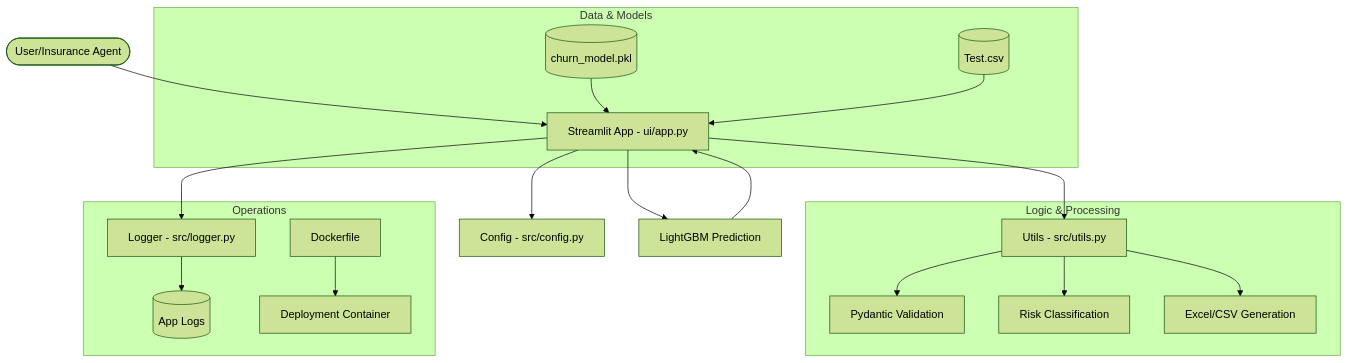
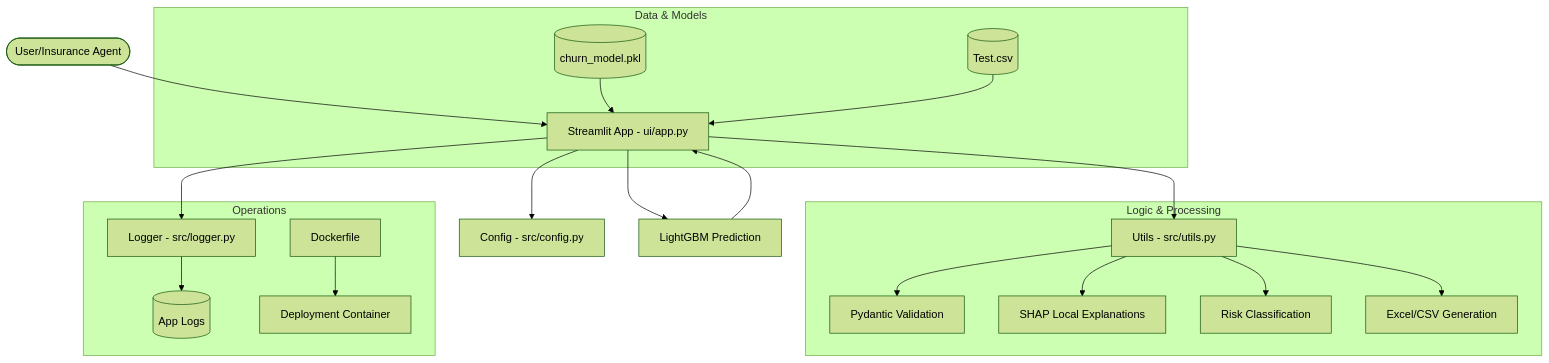
Before and after one commit to Sevani2005/insurance-customer-churn: the diagram in architecture.md, drawn with Mermaid (forest theme). The commit also changed 7 other files, not shown here.

````diff
--- a/architecture.md
+++ b/architecture.md
@@ -7,26 +7,27 @@
 ```mermaid
 graph TD
     User([User/Insurance Agent]) --> UI[Streamlit App - ui/app.py]
     UI --> Config[Config - src/config.py]
     UI --> Utils[Utils - src/utils.py]
     UI --> Logger[Logger - src/logger.py]
     
     subgraph "Logic & Processing"
         Utils --> Validation[Pydantic Validation]
+        Utils --> XAI[SHAP Local Explanations]
         Utils --> BusinessLogic[Risk Classification]
         Utils --> Export[Excel/CSV Generation]
     end
     
     subgraph "Data & Models"
         ModelFile[(churn_model.pkl)] --> UI
         TestData[(Test.csv)] --> UI
     end
     
     UI --> ML[LightGBM Prediction]
     ML --> UI
     
     subgraph "Operations"
         Logger --> Logs[(App Logs)]
         Docker[Dockerfile] --> Env[Deployment Container]
     end
 ```
````
